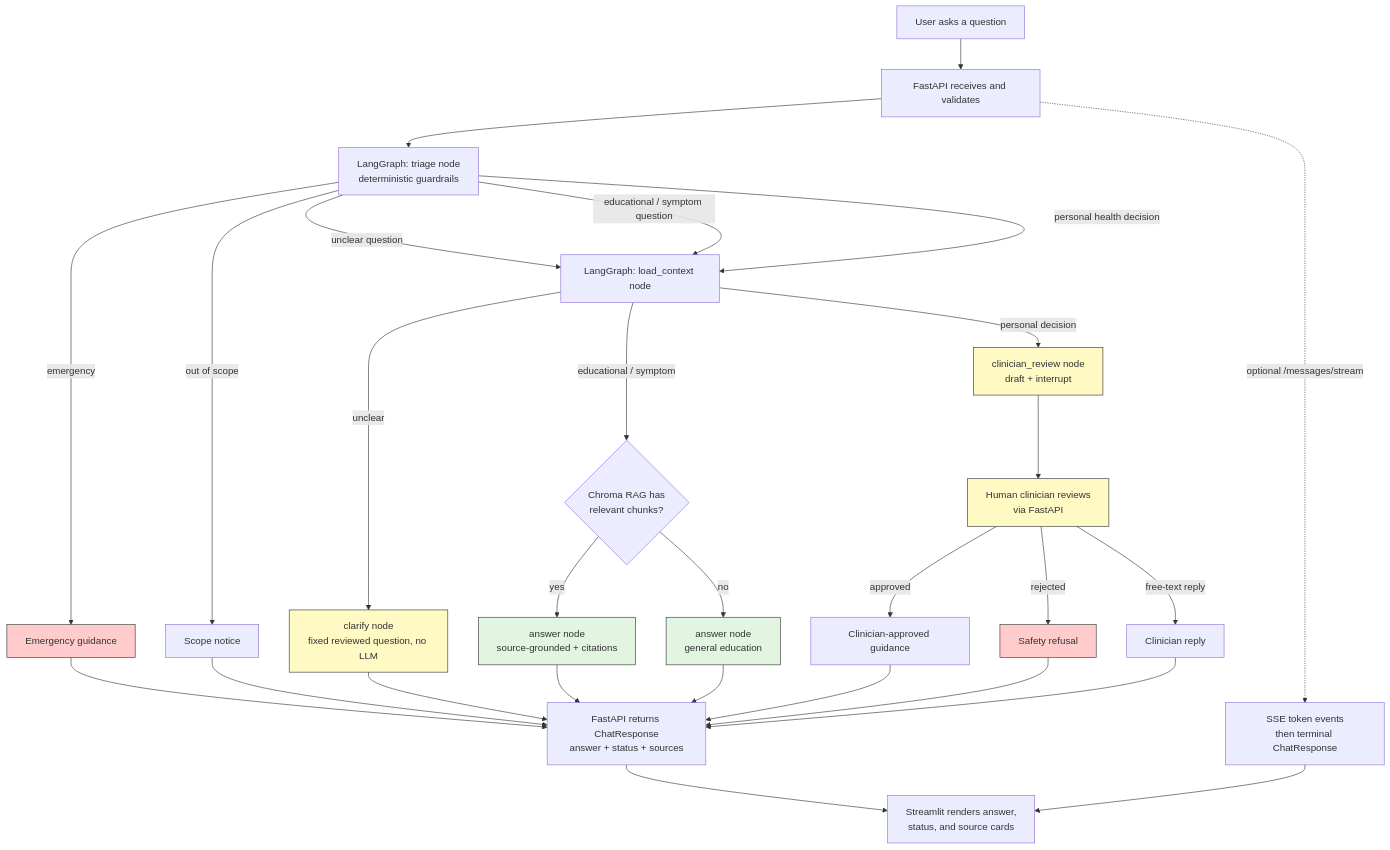
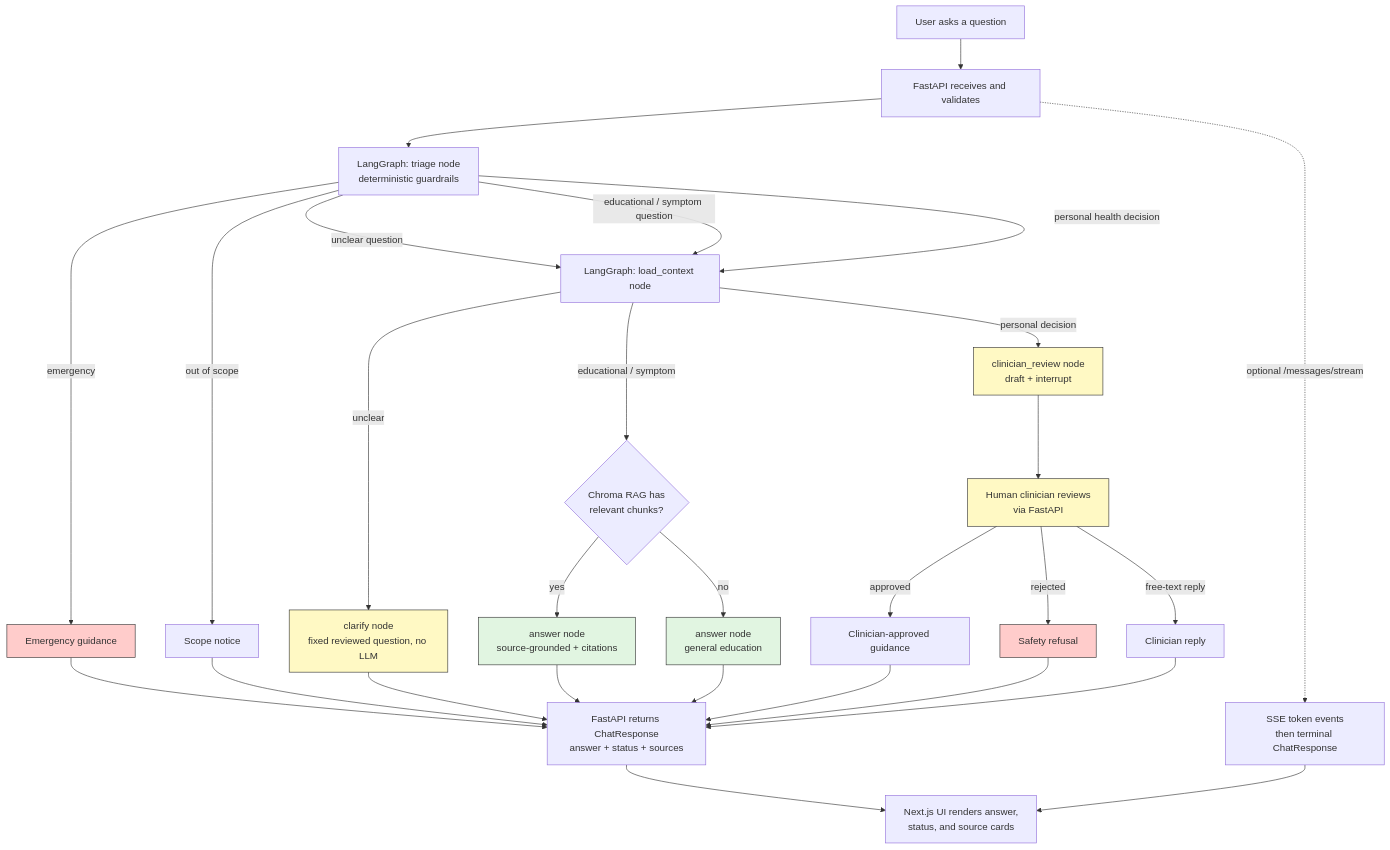
Before and after one commit to Chitranshu0/DrugGPT: the diagram in docs/architecture.md, drawn with Mermaid. The commit also changed other lines of this file and 51 other files, not shown here.

````diff
--- a/docs/architecture.md
+++ b/docs/architecture.md
@@ -21,42 +21,42 @@
 ```mermaid
 flowchart TD
     U[User asks a question] --> API[FastAPI receives and validates]
     API --> T[LangGraph: triage node<br/>deterministic guardrails]
 
     T -->|emergency| E[Emergency guidance]
     T -->|out of scope| O[Scope notice]
     T -->|unclear question| C[LangGraph: load_context node]
     T -->|educational / symptom question| C
     T -->|personal health decision| C
 
     C -->|unclear| Q[clarify node<br/>fixed reviewed question, no LLM]
     C -->|educational / symptom| R{Chroma RAG has<br/>relevant chunks?}
     R -->|yes| A[answer node<br/>source-grounded + citations]
     R -->|no| G[answer node<br/>general education]
     C -->|personal decision| H[clinician_review node<br/>draft + interrupt]
 
     H --> HP[Human clinician reviews<br/>via FastAPI]
     HP -->|approved| HA[Clinician-approved guidance]
     HP -->|rejected| HR[Safety refusal]
     HP -->|free-text reply| HC[Clinician reply]
 
     E --> RES[FastAPI returns ChatResponse<br/>answer + status + sources]
     O --> RES
     Q --> RES
     A --> RES
     G --> RES
     HA --> RES
     HR --> RES
     HC --> RES
-    RES --> UI[Streamlit renders answer,<br/>status, and source cards]
+    RES --> UI[Next.js UI renders answer,<br/>status, and source cards]
     API -.->|optional /messages/stream| ST[SSE token events<br/>then terminal ChatResponse]
     ST --> UI
 
     style E fill:#ffcccb,stroke:#333
     style HR fill:#ffcccb,stroke:#333
     style Q fill:#fff9c4,stroke:#333
     style H fill:#fff9c4,stroke:#333
     style HP fill:#fff9c4,stroke:#333
     style A fill:#e1f5e1,stroke:#333
     style G fill:#e1f5e1,stroke:#333
 ```
````
